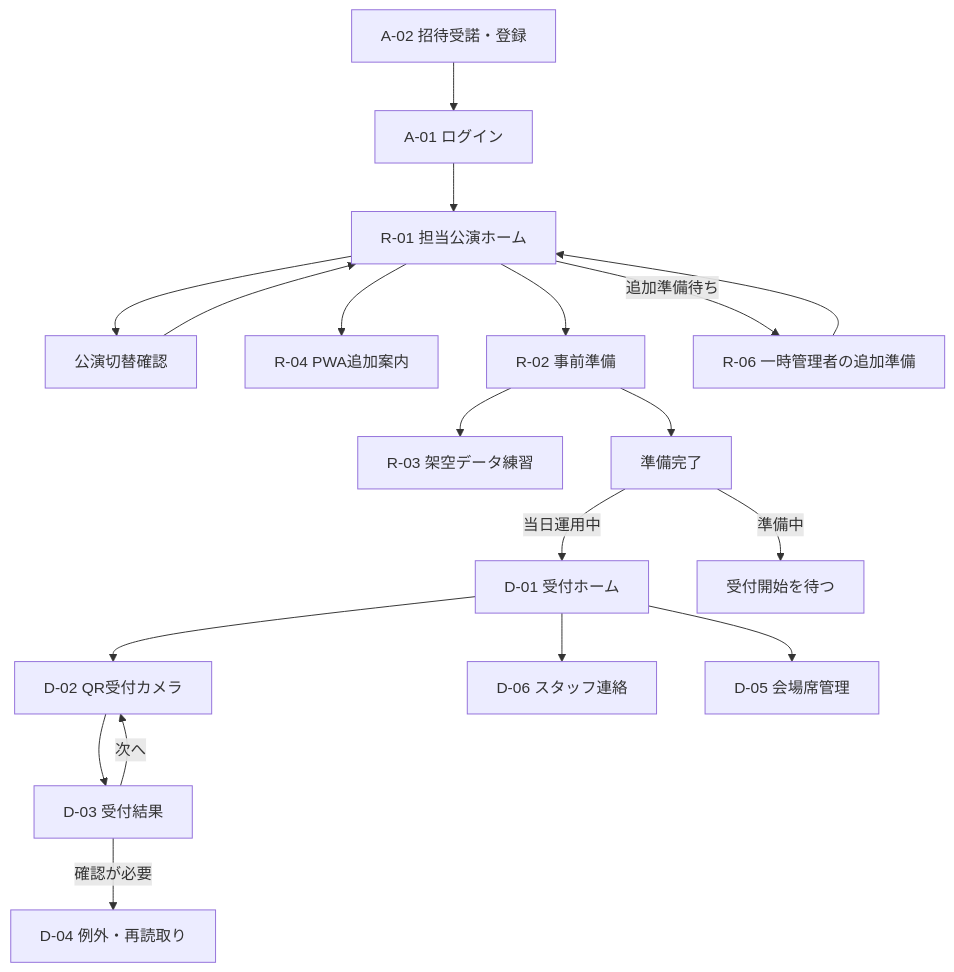
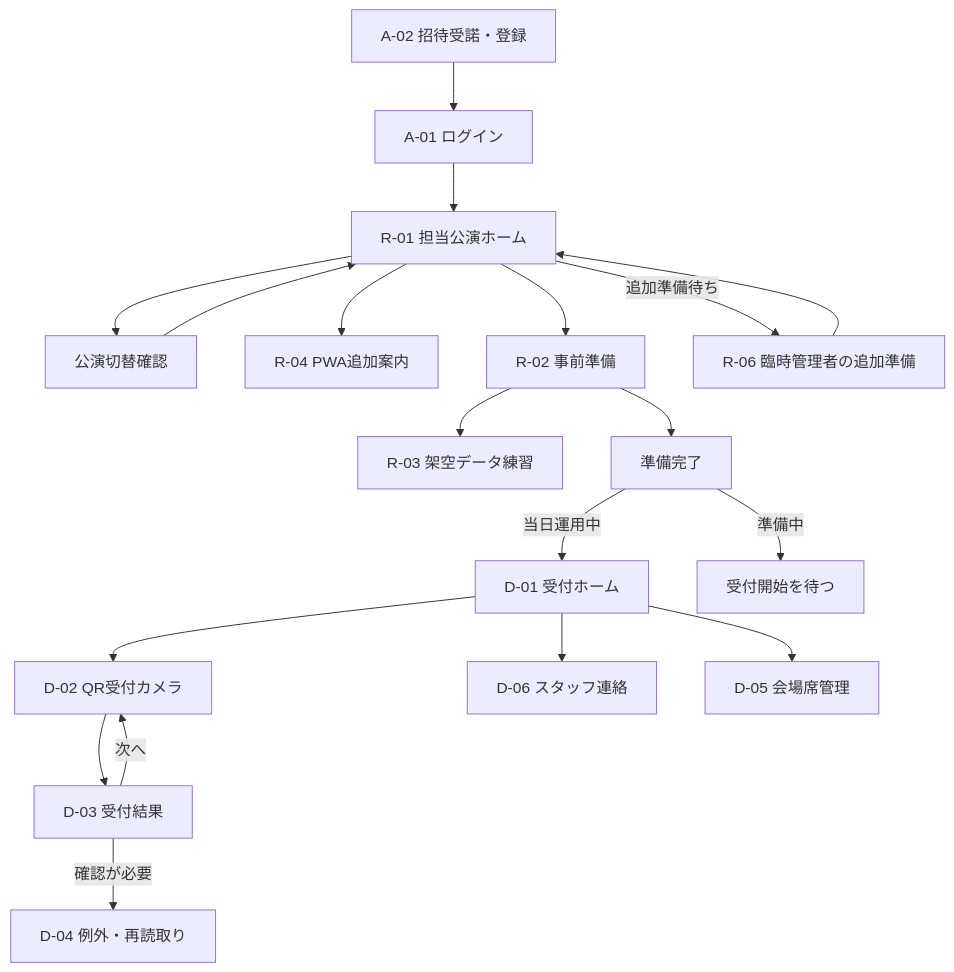
Before and after one commit to EU0207/concert-reception-system: the second of 2 diagrams in docs/development/screen-flow-wireframe-design.md, drawn with Mermaid. The commit also changed other lines of this file and 12 other files, not shown here.

````diff
--- a/docs/development/screen-flow-wireframe-design.md
+++ b/docs/development/screen-flow-wireframe-design.md
@@ -208,21 +208,21 @@
 ```mermaid
 flowchart TD
     Invite[A-02 招待受諾・登録] --> Login[A-01 ログイン]
     Login --> Home[R-01 担当公演ホーム]
     Home --> Switch[公演切替確認]
     Switch --> Home
     Home --> Install[R-04 PWA追加案内]
     Home --> Prepare[R-02 事前準備]
-    Home -->|追加準備待ち| RolePrepare[R-06 一時管理者の追加準備]
+    Home -->|追加準備待ち| RolePrepare[R-06 臨時管理者の追加準備]
     RolePrepare --> Home
     Prepare --> Practice[R-03 架空データ練習]
     Prepare --> Ready[準備完了]
     Ready -->|当日運用中| Reception[D-01 受付ホーム]
     Ready -->|準備中| Wait[受付開始を待つ]
     Reception --> Camera[D-02 QR受付カメラ]
     Camera --> Result[D-03 受付結果]
     Result -->|次へ| Camera
     Result -->|確認が必要| Exception[D-04 例外・再読取り]
     Reception --> Notice[D-06 スタッフ連絡]
     Reception --> Seat[D-05 会場席管理]
 ```
````
